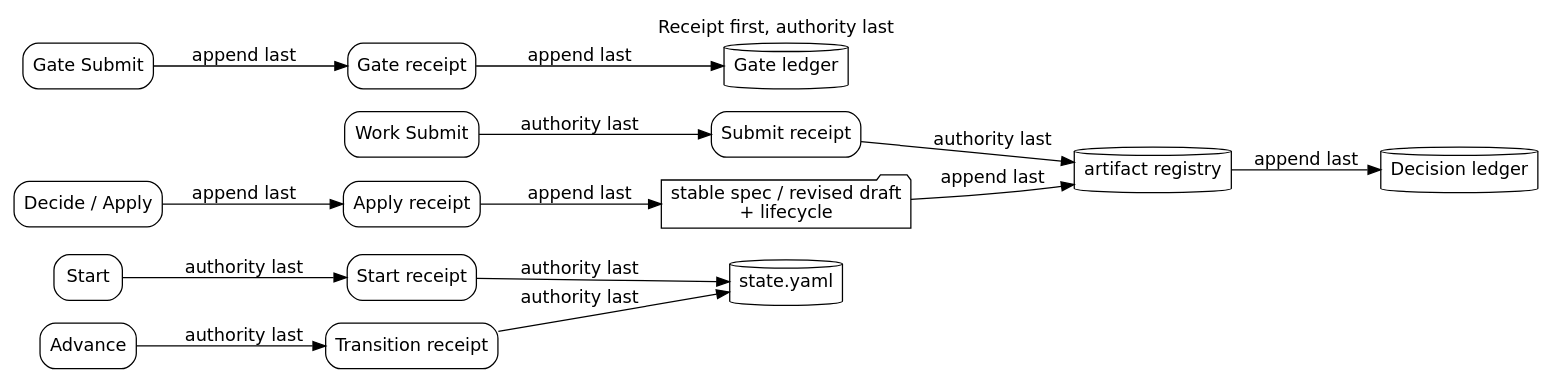
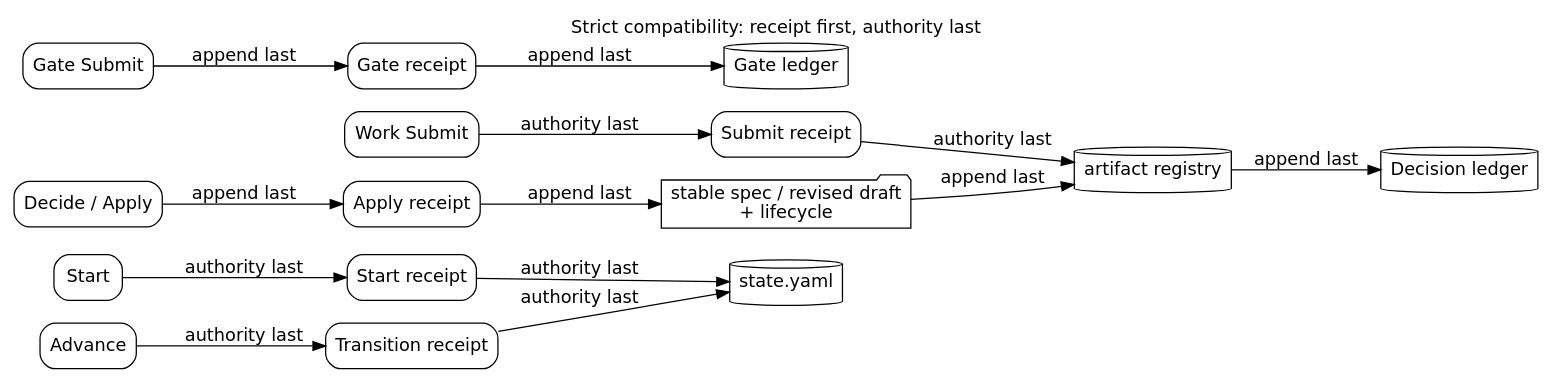
One commit to leike0813/ResearchSpec changed the diagram in docs/researchspec_arsu_runtime/diagrams/src/transaction-write-sets.dot. Above: the diagram before and after it, drawn with Graphviz. The commit also changed 114 other files, not shown here.

```diff
--- a/docs/researchspec_arsu_runtime/diagrams/src/transaction-write-sets.dot
+++ b/docs/researchspec_arsu_runtime/diagrams/src/transaction-write-sets.dot
@@ -1,29 +1,29 @@
 digraph transaction_write_sets {
-  graph [label="Receipt first, authority last", labelloc=t, rankdir=LR, fontname="DejaVu Sans"];
+  graph [label="Strict compatibility: receipt first, authority last", labelloc=t, rankdir=LR, fontname="DejaVu Sans"];
   node [shape=box, style="rounded", fontname="DejaVu Sans"];
   edge [fontname="DejaVu Sans"];
 
   start [label="Start"];
   submit [label="Work Submit"];
   gate [label="Gate Submit"];
   advance [label="Advance"];
   decide [label="Decide / Apply"];
 
   start_receipt [label="Start receipt"];
   submit_receipt [label="Submit receipt"];
   gate_receipt [label="Gate receipt"];
   transition_receipt [label="Transition receipt"];
   apply_receipt [label="Apply receipt"];
 
   state [shape=cylinder, label="state.yaml"];
   registry [shape=cylinder, label="artifact registry"];
   gate_ledger [shape=cylinder, label="Gate ledger"];
   decision_ledger [shape=cylinder, label="Decision ledger"];
   targets [shape=folder, label="stable spec / revised draft\n+ lifecycle"];
 
   start -> start_receipt -> state [label="authority last"];
   submit -> submit_receipt -> registry [label="authority last"];
   gate -> gate_receipt -> gate_ledger [label="append last"];
   advance -> transition_receipt -> state [label="authority last"];
   decide -> apply_receipt -> targets -> registry -> decision_ledger [label="append last"];
 }
```
